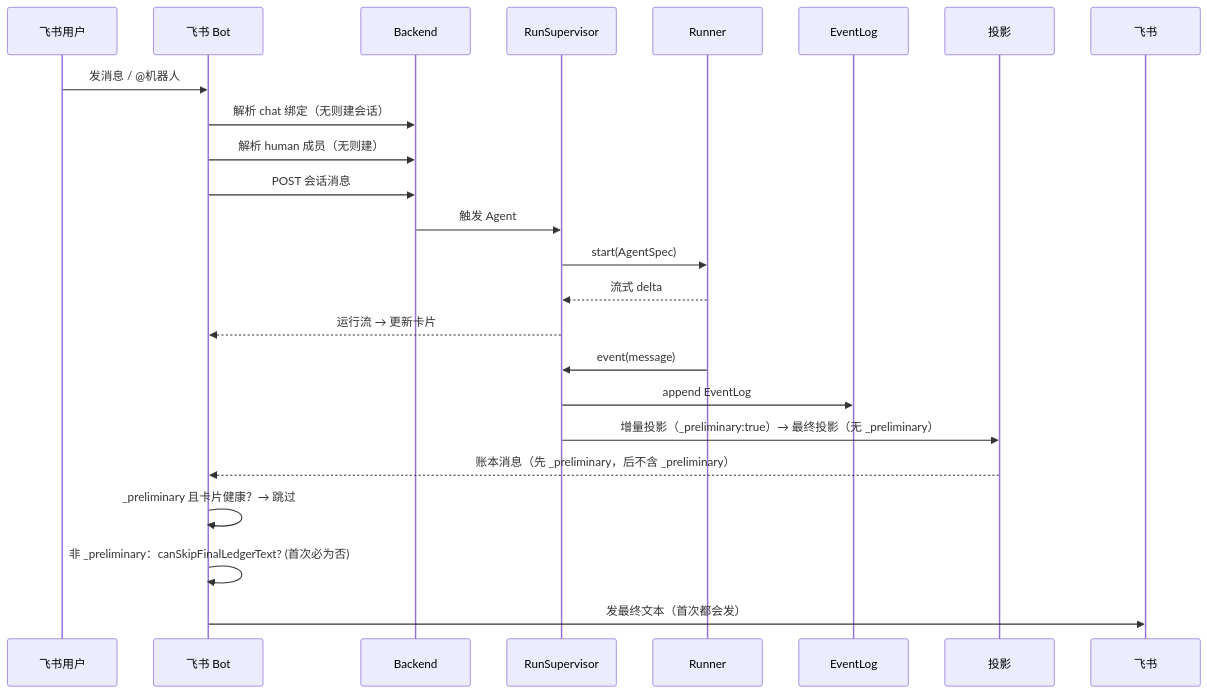
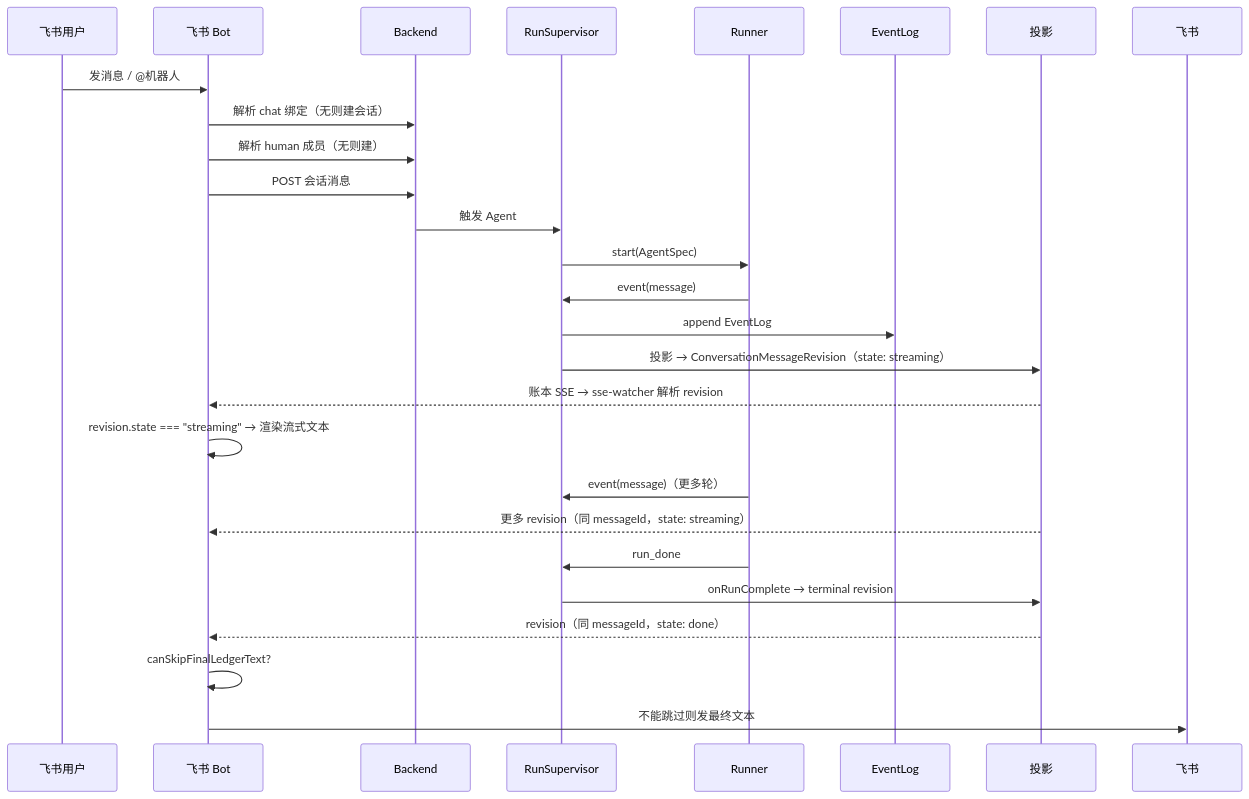
Before and after one commit to Chengchcc/my-agent-team: the diagram in docs/architecture/flows/e2e-lark-message.md, drawn with Mermaid. The commit also changed other lines of this file and 8 other files, not shown here.

First line of the commit message:
docs: update architecture docs for message-revisions

````diff
--- a/docs/architecture/flows/e2e-lark-message.md
+++ b/docs/architecture/flows/e2e-lark-message.md
@@ -20,27 +20,30 @@
 ```mermaid
 sequenceDiagram
   participant U as 飞书用户
   participant Bot as 飞书 Bot
   participant B as Backend
   participant S as RunSupervisor
   participant D as Runner
   participant E as EventLog
   participant P as 投影
   participant L as 飞书
 
   U->>Bot: 发消息 / @机器人
   Bot->>B: 解析 chat 绑定（无则建会话）
   Bot->>B: 解析 human 成员（无则建）
   Bot->>B: POST 会话消息
   B->>S: 触发 Agent
   S->>D: start(AgentSpec)
-  D-->>S: 流式 delta
-  S-->>Bot: 运行流 → 更新卡片
   D->>S: event(message)
   S->>E: append EventLog
-  S->>P: 增量投影（_preliminary:true）→ 最终投影（无 _preliminary）
-  P-->>Bot: 账本消息（先 _preliminary，后不含 _preliminary）
-  Bot->>Bot: _preliminary 且卡片健康？→ 跳过
-  Bot->>Bot: 非 _preliminary：canSkipFinalLedgerText? (首次必为否)
-  Bot->>L: 发最终文本（首次都会发）
+  S->>P: 投影 → ConversationMessageRevision（state: streaming）
+  P-->>Bot: 账本 SSE → sse-watcher 解析 revision
+  Bot->>Bot: revision.state === "streaming" → 渲染流式文本
+  D->>S: event(message)（更多轮）
+  P-->>Bot: 更多 revision（同 messageId，state: streaming）
+  D->>S: run_done
+  S->>P: onRunComplete → terminal revision
+  P-->>Bot: revision（同 messageId，state: done）
+  Bot->>Bot: canSkipFinalLedgerText?
+  Bot->>L: 不能跳过则发最终文本
 ```
````
